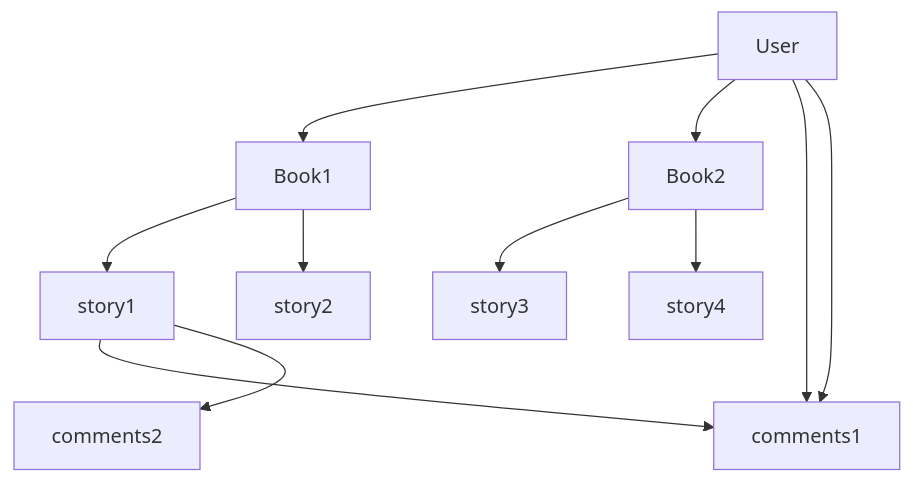
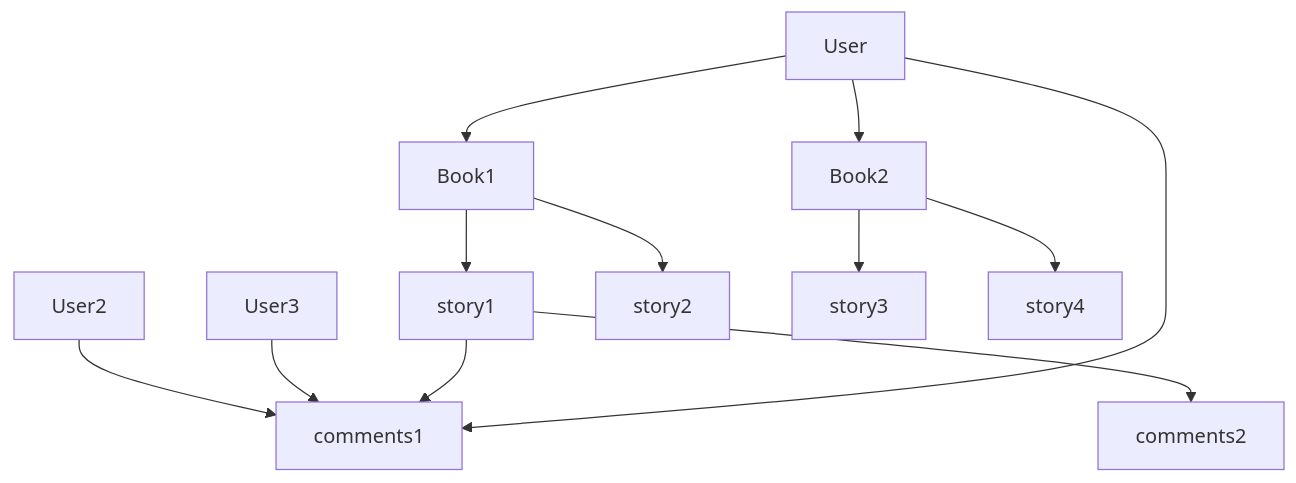
Before and after one commit to mbaqes/dbit: the diagram in README.md, drawn with Mermaid.

````diff
--- a/README.md
+++ b/README.md
@@ -15,13 +15,14 @@
  ```mermaid
 graph TD;
     User-->Book1;
     User-->Book2;
-    User-->comments1
+    User2-->comments1
+     User3-->comments1
     Book1-->story1;
     Book1-->story2;
     Book2-->story3;
     Book2-->story4;
      story1-->comments1;
      story1-->comments2;
      User-->comments1;
 ```
````
